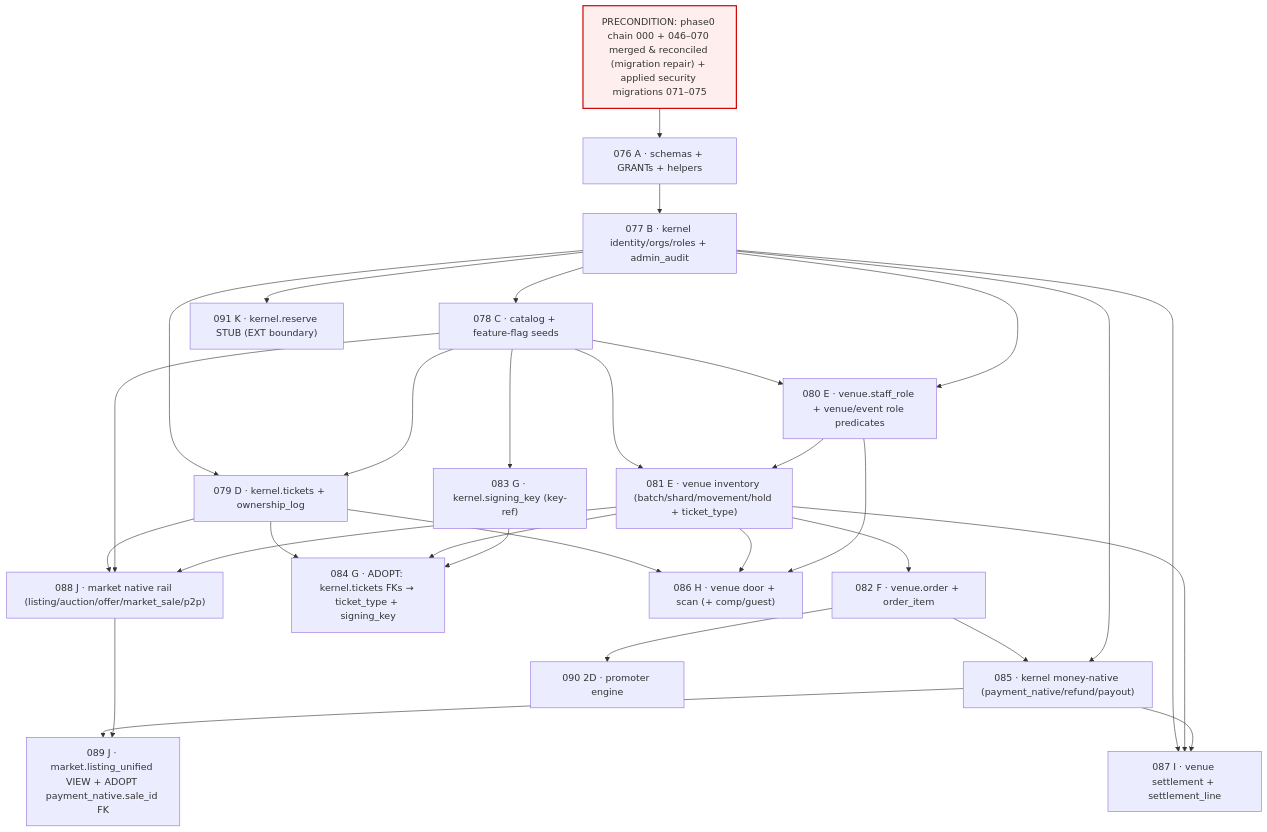
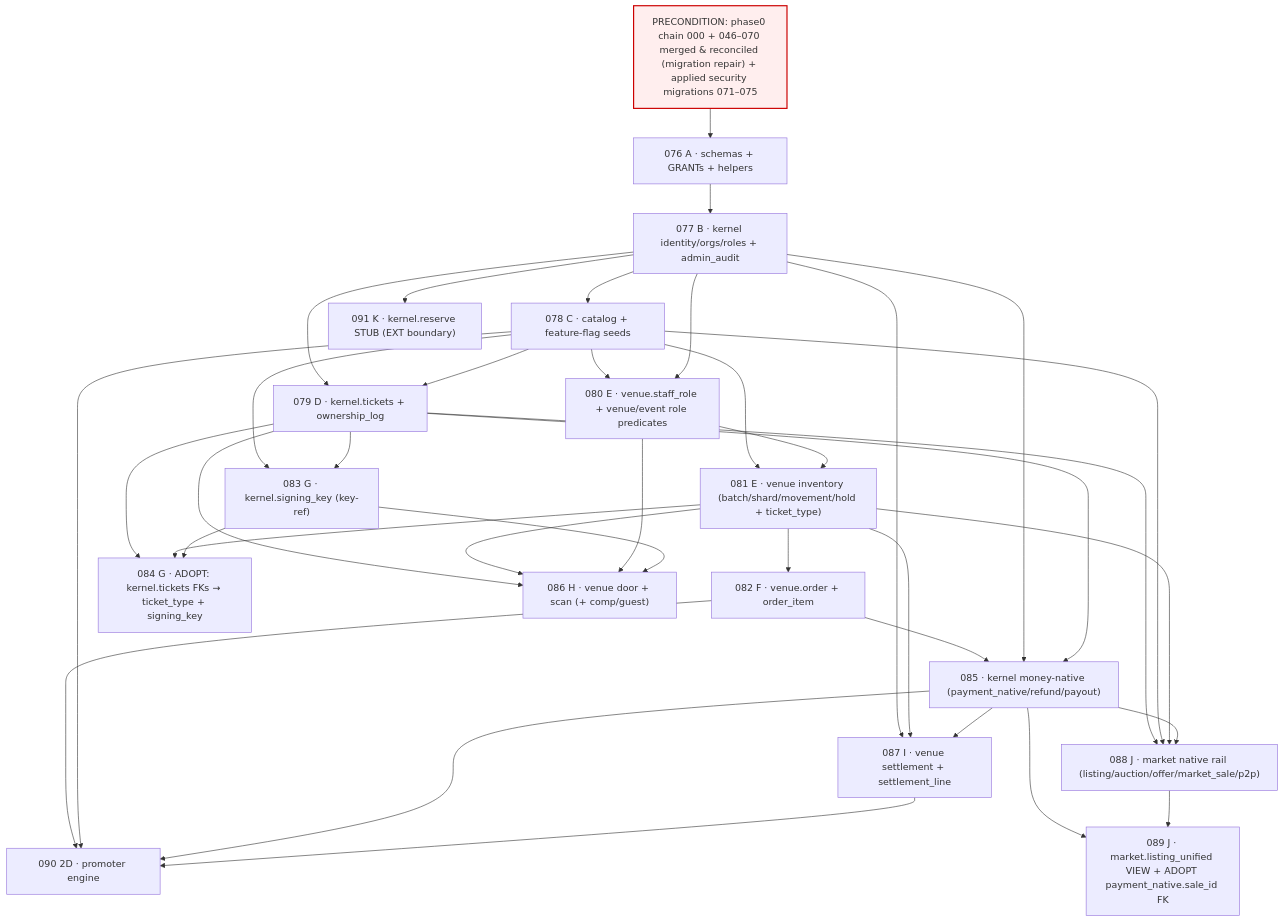
Before and after one commit to SnatchIt-app/snatchit: the diagram in docs/architecture/PHASE_2_SUPABASE_MIGRATION_PLAN.md, drawn with Mermaid. The commit also changed other lines of this file, not shown here.

````diff
--- a/docs/architecture/PHASE_2_SUPABASE_MIGRATION_PLAN.md
+++ b/docs/architecture/PHASE_2_SUPABASE_MIGRATION_PLAN.md
@@ -210,50 +242,57 @@
 ```mermaid
 graph TD
     P0["PRECONDITION: phase0 chain 000 + 046–070 merged & reconciled (migration repair) + applied security migrations 071–075"]:::pre
 
     A076["076 A · schemas + GRANTs + helpers"]
     B077["077 B · kernel identity/orgs/roles + admin_audit"]
     C078["078 C · catalog + feature-flag seeds"]
     D079["079 D · kernel.tickets + ownership_log"]
     E080["080 E · venue.staff_role + venue/event role predicates"]
     E081["081 E · venue inventory (batch/shard/movement/hold + ticket_type)"]
     F082["082 F · venue.order + order_item"]
     G083["083 G · kernel.signing_key (key-ref)"]
     G084["084 G · ADOPT: kernel.tickets FKs → ticket_type + signing_key"]
     M085["085 · kernel money-native (payment_native/refund/payout)"]
     H086["086 H · venue door + scan (+ comp/guest)"]
     I087["087 I · venue settlement + settlement_line"]
     J088["088 J · market native rail (listing/auction/offer/market_sale/p2p)"]
     J089["089 J · market.listing_unified VIEW + ADOPT payment_native.sale_id FK"]
     D090["090 2D · promoter engine"]
     K091["091 K · kernel.reserve STUB (EXT boundary)"]
 
     P0 --> A076 --> B077 --> C078
     B077 --> D079
     C078 --> D079
     C078 --> E080
     B077 --> E080
     C078 --> E081
     E080 --> E081
     E081 --> F082
     C078 --> G083
+    D079 --> G083
     D079 --> G084
     E081 --> G084
     G083 --> G084
     F082 --> M085
     B077 --> M085
+    D079 --> M085
     D079 --> H086
     E081 --> H086
     E080 --> H086
+    G083 --> H086
     B077 --> I087
     E081 --> I087
     M085 --> I087
     D079 --> J088
     C078 --> J088
     E081 --> J088
+    M085 --> J088
     M085 --> J089
     J088 --> J089
     F082 --> D090
+    C078 --> D090
+    M085 --> D090
+    I087 --> D090
     B077 --> K091
     classDef pre fill:#fee,stroke:#c00,stroke-width:2px;
 ```
````
